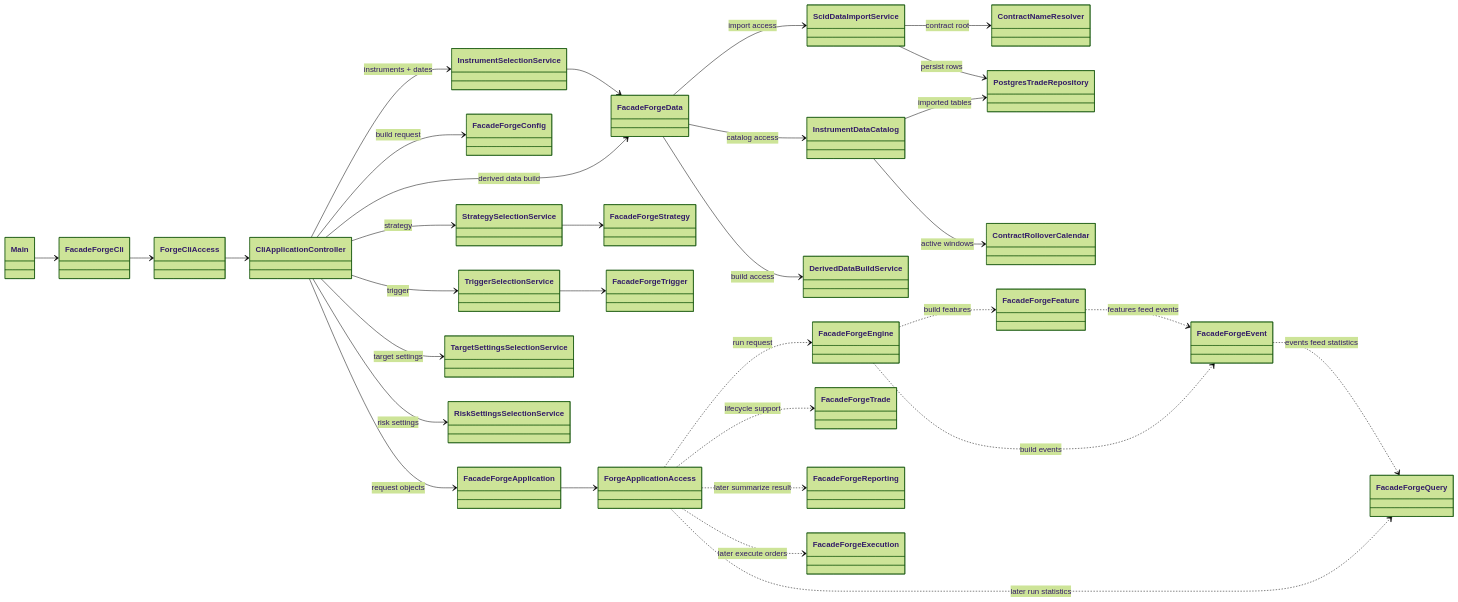
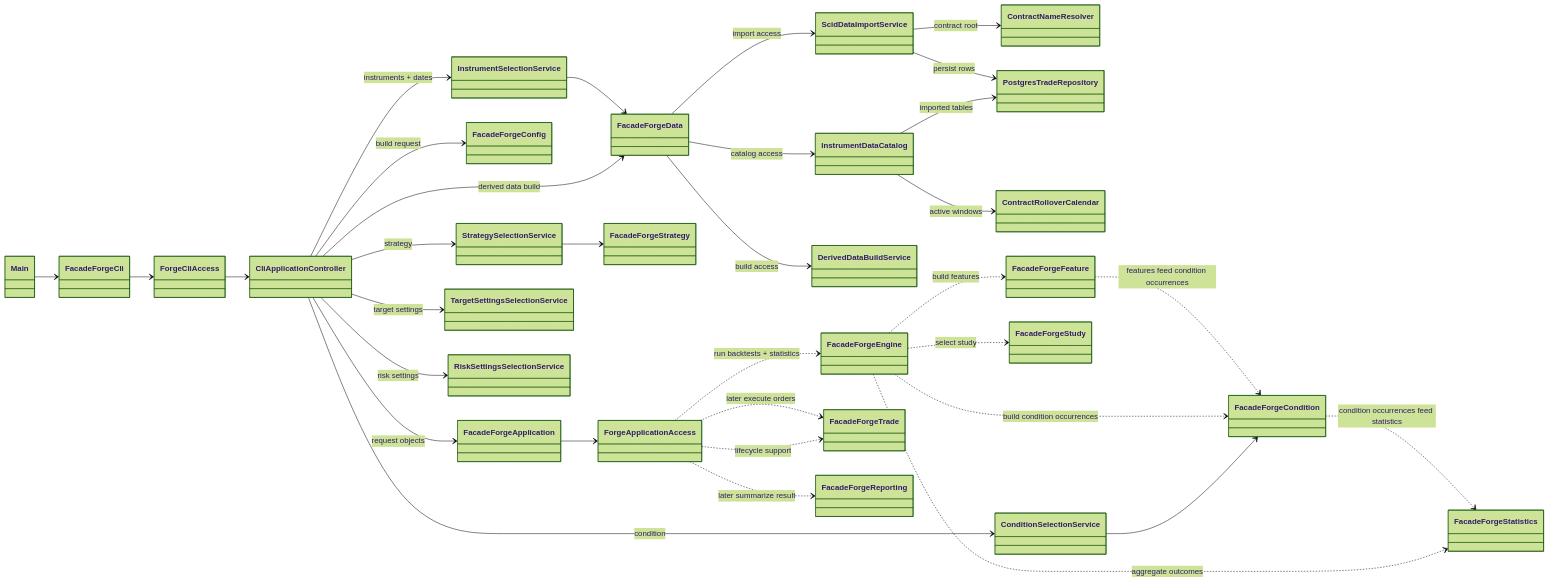
One commit to probst-paul/FORGE changed the first of 22 diagrams in class-model.md. Above: the diagram before and after it, drawn with Mermaid (forest theme). The commit also changed other lines of this file and 125 other files, not shown here.

````diff
--- a/class-model.md
+++ b/class-model.md
@@ -5,67 +5,67 @@
 ```mermaid
 classDiagram
     direction LR
 
     class Main
     class FacadeForgeCli
     class ForgeCliAccess
     class CliApplicationController
     class FacadeForgeApplication
     class FacadeForgeConfig
     class FacadeForgeData
     class InstrumentDataCatalog
     class ContractNameResolver
     class ScidDataImportService
     class DerivedDataBuildService
     class PostgresTradeRepository
     class ContractRolloverCalendar
     class FacadeForgeStrategy
-    class FacadeForgeTrigger
+    class FacadeForgeCondition
     class FacadeForgeEngine
     class FacadeForgeFeature
-    class FacadeForgeEvent
-    class FacadeForgeQuery
+    class FacadeForgeStudy
+    class FacadeForgeStatistics
     class FacadeForgeTrade
     class FacadeForgeReporting
-    class FacadeForgeExecution
     class ForgeApplicationAccess
     class InstrumentSelectionService
     class StrategySelectionService
-    class TriggerSelectionService
+    class ConditionSelectionService
     class TargetSettingsSelectionService
     class RiskSettingsSelectionService
 
     Main --> FacadeForgeCli
     FacadeForgeCli --> ForgeCliAccess
     ForgeCliAccess --> CliApplicationController
     CliApplicationController --> FacadeForgeApplication : request objects
     FacadeForgeApplication --> ForgeApplicationAccess
     CliApplicationController --> InstrumentSelectionService : instruments + dates
     CliApplicationController --> StrategySelectionService : strategy
     CliApplicationController --> RiskSettingsSelectionService : risk settings
-    CliApplicationController --> TriggerSelectionService : trigger
+    CliApplicationController --> ConditionSelectionService : condition
     CliApplicationController --> TargetSettingsSelectionService : target settings
     CliApplicationController --> FacadeForgeConfig : build request
     CliApplicationController --> FacadeForgeData : derived data build
 
     InstrumentSelectionService --> FacadeForgeData
     FacadeForgeData --> InstrumentDataCatalog : catalog access
     FacadeForgeData --> ScidDataImportService : import access
     FacadeForgeData --> DerivedDataBuildService : build access
     InstrumentDataCatalog --> PostgresTradeRepository : imported tables
     InstrumentDataCatalog --> ContractRolloverCalendar : active windows
     ScidDataImportService --> ContractNameResolver : contract root
     ScidDataImportService --> PostgresTradeRepository : persist rows
     StrategySelectionService --> FacadeForgeStrategy
-    TriggerSelectionService --> FacadeForgeTrigger
+    ConditionSelectionService --> FacadeForgeCondition
 
-    ForgeApplicationAccess ..> FacadeForgeEngine : run request
+    ForgeApplicationAccess ..> FacadeForgeEngine : run backtests + statistics
     FacadeForgeEngine ..> FacadeForgeFeature : build features
-    FacadeForgeEngine ..> FacadeForgeEvent : build events
-    ForgeApplicationAccess ..> FacadeForgeQuery : later run statistics
+    FacadeForgeEngine ..> FacadeForgeCondition : build condition occurrences
+    FacadeForgeEngine ..> FacadeForgeStudy : select study
+    FacadeForgeEngine ..> FacadeForgeStatistics : aggregate outcomes
     ForgeApplicationAccess ..> FacadeForgeTrade : lifecycle support
-    ForgeApplicationAccess ..> FacadeForgeExecution : later execute orders
+    ForgeApplicationAccess ..> FacadeForgeTrade : later execute orders
     ForgeApplicationAccess ..> FacadeForgeReporting : later summarize result
-    FacadeForgeFeature ..> FacadeForgeEvent : features feed events
-    FacadeForgeEvent ..> FacadeForgeQuery : events feed statistics
+    FacadeForgeFeature ..> FacadeForgeCondition : features feed condition occurrences
+    FacadeForgeCondition ..> FacadeForgeStatistics : condition occurrences feed statistics
 ```
````
